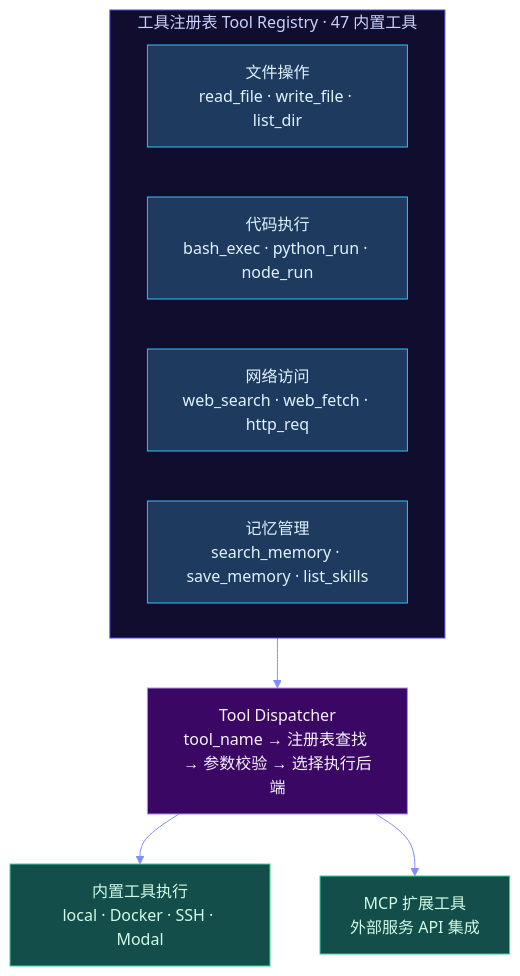
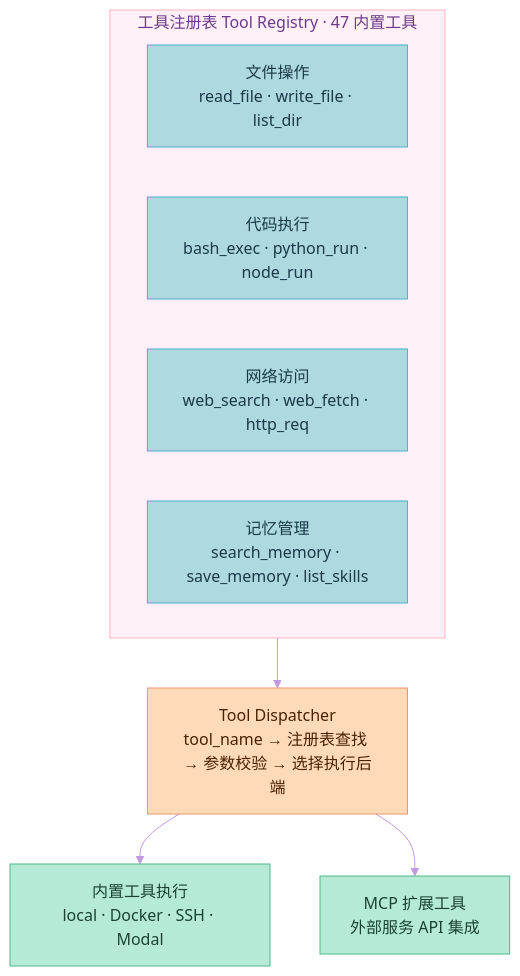
Before and after one commit to xuqi2024/xuqi2024.github.io: the sixth of 10 diagrams in source/_posts/2026-04-13-hermes-agent深度完全解读.md, drawn with Mermaid. The commit also changed other lines of this file and 3 other files, not shown here.

First line of the commit message:
style: 将所有 Mermaid 图表配色改为马卡龙色系，修复节点换行显示

````diff
--- a/source/_posts/2026-04-13-hermes-agent深度完全解读.md
+++ b/source/_posts/2026-04-13-hermes-agent深度完全解读.md
@@ -429,21 +429,21 @@
 ```mermaid
-%%{init: {'theme': 'base', 'themeVariables': {'primaryColor': '#1e1b4b', 'primaryTextColor': '#e0e7ff', 'primaryBorderColor': '#818cf8', 'lineColor': '#818cf8', 'secondaryColor': '#2e1065', 'tertiaryColor': '#0c3a4a', 'background': '#0a0914', 'mainBkg': '#1e1b4b', 'nodeBorder': '#818cf8', 'clusterBkg': '#110d2e', 'clusterBorder': '#4f46e5', 'titleColor': '#c7d2fe', 'edgeLabelBackground': '#1e1b4b'}}}%%
+%%{init: {'theme': 'base', 'themeVariables': {'primaryColor': '#FFB3C1', 'primaryTextColor': '#4A1942', 'primaryBorderColor': '#FF85A1', 'lineColor': '#C299E0', 'secondaryColor': '#C8E6C9', 'tertiaryColor': '#AED9E0', 'background': '#FFF8FB', 'mainBkg': '#FFB3C1', 'nodeBorder': '#FF85A1', 'clusterBkg': '#FFF0F7', 'clusterBorder': '#FFB3C1', 'titleColor': '#6D3B8C', 'edgeLabelBackground': '#FFF8FB'}}}%%
 flowchart TD
-    classDef tool fill:#1e3a5f,stroke:#38bdf8,color:#e0f2fe
-    classDef dispatch fill:#3b0764,stroke:#a78bfa,color:#f5f3ff
-    classDef backend fill:#134e4a,stroke:#34d399,color:#d1fae5
+    classDef tool fill:#AED9E0,stroke:#48B2C8,color:#1A3A4A
+    classDef dispatch fill:#FFDAB9,stroke:#E8956D,color:#4A2200
+    classDef backend fill:#B5EAD7,stroke:#52B788,color:#1B4332
 
     subgraph REG["工具注册表 Tool Registry · 47 内置工具"]
-        T1["文件操作\nread_file · write_file · list_dir"]:::tool
-        T2["代码执行\nbash_exec · python_run · node_run"]:::tool
-        T3["网络访问\nweb_search · web_fetch · http_req"]:::tool
-        T4["记忆管理\nsearch_memory · save_memory · list_skills"]:::tool
+        T1["文件操作<br/>read_file · write_file · list_dir"]:::tool
+        T2["代码执行<br/>bash_exec · python_run · node_run"]:::tool
+        T3["网络访问<br/>web_search · web_fetch · http_req"]:::tool
+        T4["记忆管理<br/>search_memory · save_memory · list_skills"]:::tool
     end
 
-    DISP["Tool Dispatcher\ntool_name → 注册表查找 → 参数校验 → 选择执行后端"]:::dispatch
-    BUILT["内置工具执行\nlocal · Docker · SSH · Modal"]:::backend
-    MCP["MCP 扩展工具\n外部服务 API 集成"]:::backend
+    DISP["Tool Dispatcher<br/>tool_name → 注册表查找 → 参数校验 → 选择执行后端"]:::dispatch
+    BUILT["内置工具执行<br/>local · Docker · SSH · Modal"]:::backend
+    MCP["MCP 扩展工具<br/>外部服务 API 集成"]:::backend
 
     REG --> DISP
     DISP --> BUILT & MCP
 ```
````
